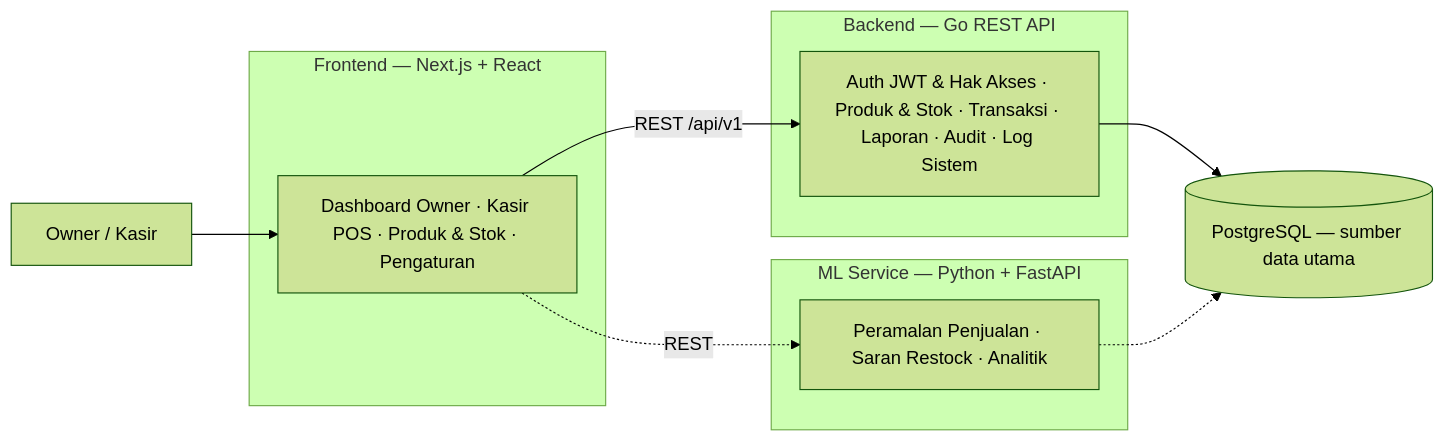
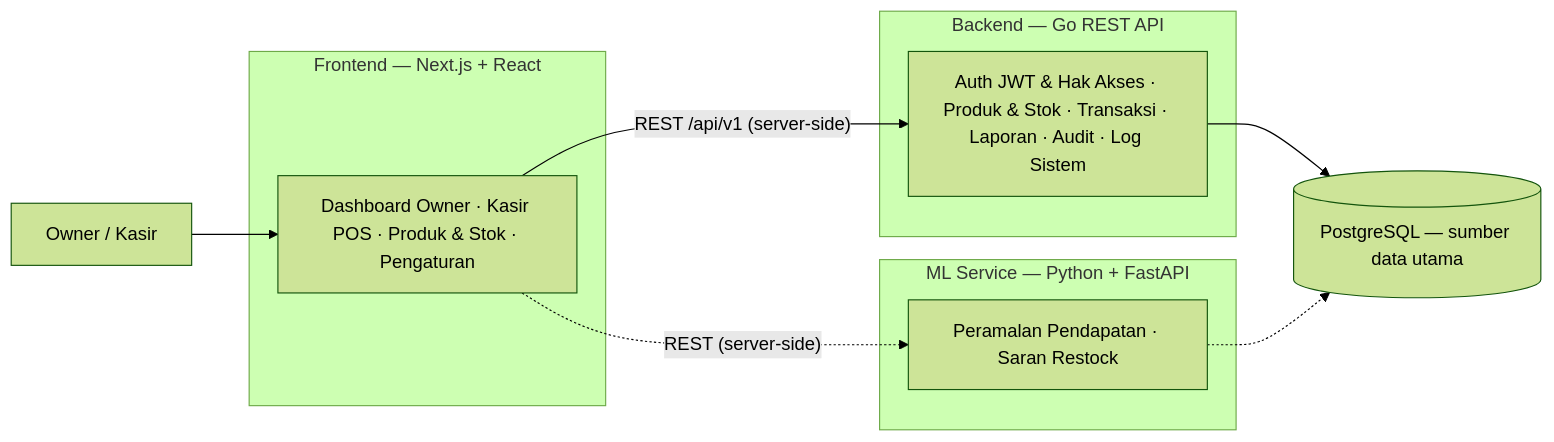
One commit to neuralforgeio/UMKM-OS changed the diagram in README.md. Above: the diagram before and after it, drawn with Mermaid (forest theme). The commit also changed other lines of this file and 10 other files, not shown here.

````diff
--- a/README.md
+++ b/README.md
@@ -19,24 +19,24 @@
 ```mermaid
 flowchart LR
     U[Owner / Kasir]
 
     subgraph FE["Frontend — Next.js + React"]
         F["Dashboard Owner · Kasir POS · Produk & Stok · Pengaturan"]
     end
 
     subgraph BE["Backend — Go REST API"]
         G["Auth JWT & Hak Akses · Produk & Stok · Transaksi · Laporan · Audit · Log Sistem"]
     end
 
     subgraph ML["ML Service — Python + FastAPI"]
-        M["Peramalan Penjualan · Saran Restock · Analitik"]
+        M["Peramalan Pendapatan · Saran Restock"]
     end
 
     DB[("PostgreSQL — sumber data utama")]
 
     U --> F
-    F -->|"REST /api/v1"| G
-    F -.->|"REST"| M
+    F -->|"REST /api/v1 (server-side)"| G
+    F -.->|"REST (server-side)"| M
     G --> DB
     M -.-> DB
 ```
````
